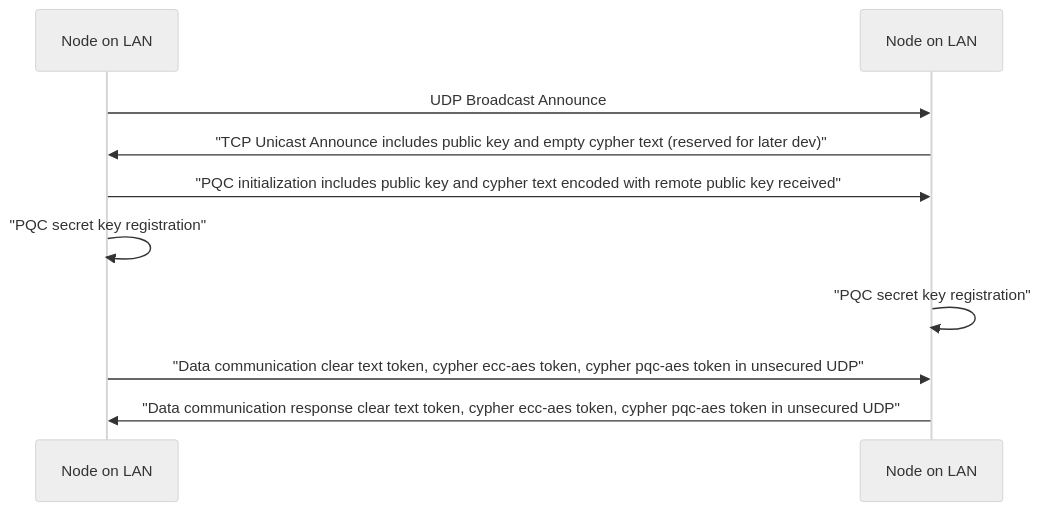
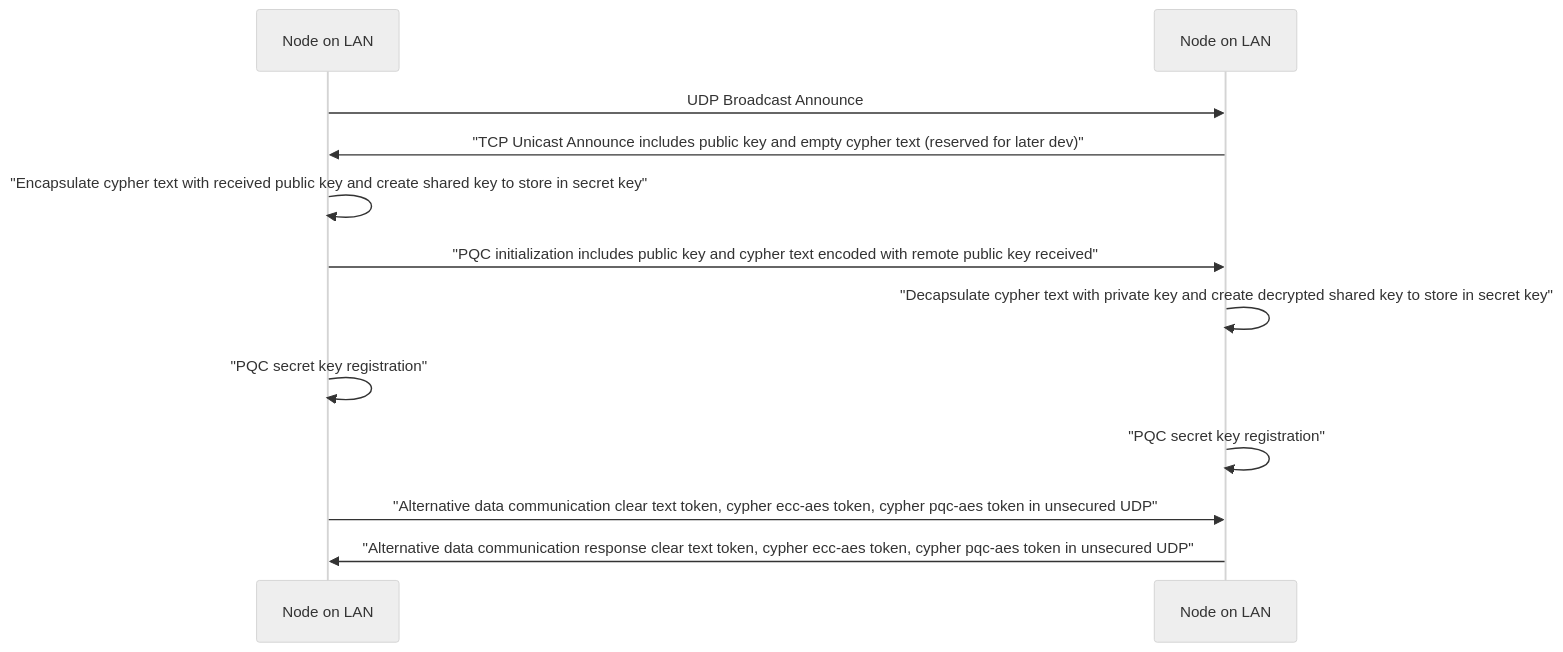
One commit to packetqc/MPLIB changed the second of 4 diagrams in key-exchange.md. Above: the diagram before and after it, drawn with Mermaid (neutral theme).

````diff
--- a/key-exchange.md
+++ b/key-exchange.md
@@ -34,12 +34,14 @@
 ```mermaid  
   sequenceDiagram  
   participant N1 as Node on LAN  
   participant N2 as Node on LAN  
   N1->>N2: UDP Broadcast Announce  
-  N2->>N1: "TCP Unicast Announce includes public key and empty cypher text (reserved for later dev)"  
+  N2->>N1: "TCP Unicast Announce includes public key and empty cypher text (reserved for later dev)"
+  N1->>N1: "Encapsulate cypher text with received public key and create shared key to store in secret key"  
   N1->>N2: "PQC initialization includes public key and cypher text encoded with remote public key received"  
+  N2->>N2: "Decapsulate cypher text with private key and create decrypted shared key to store in secret key"  
   N1->>N1: "PQC secret key registration"
   N2->>N2: "PQC secret key registration"
-  N1->>N2: "Data communication clear text token, cypher ecc-aes token, cypher pqc-aes token in unsecured UDP"  
-  N2->>N1: "Data communication response clear text token, cypher ecc-aes token, cypher pqc-aes token in unsecured UDP"  
+  N1->>N2: "Alternative data communication clear text token, cypher ecc-aes token, cypher pqc-aes token in unsecured UDP"  
+  N2->>N1: "Alternative data communication response clear text token, cypher ecc-aes token, cypher pqc-aes token in unsecured UDP"  
 ```
````
